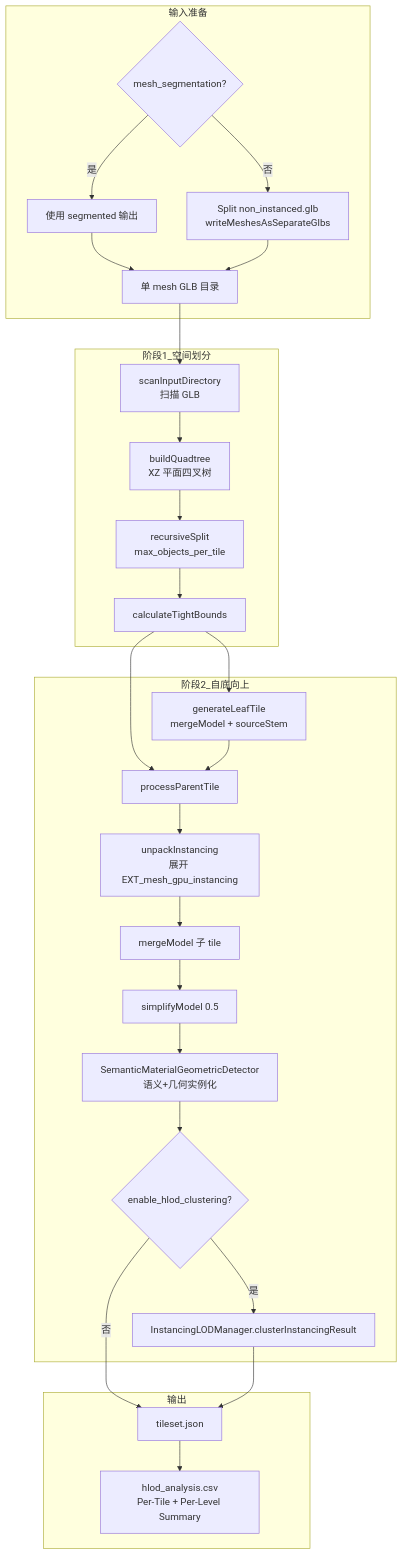
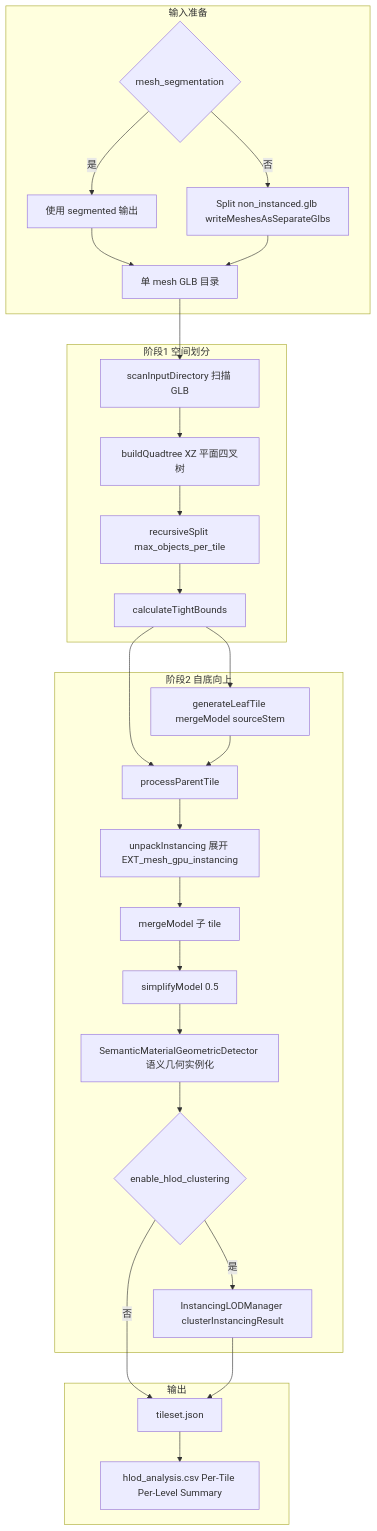
Before and after one commit to 271586852/GltfInstancingAndTilingTool: the sixth of 9 diagrams in diagrams/技术流程图_mermaid.md, drawn with Mermaid. The commit also changed other lines of this file and 5 other files, not shown here.

````diff
--- a/diagrams/技术流程图_mermaid.md
+++ b/diagrams/技术流程图_mermaid.md
@@ -202,54 +254,54 @@
 ```mermaid
-flowchart TB
-    subgraph 输入准备
-        Q1{mesh_segmentation?}
+graph TB
+    subgraph prep[输入准备]
+        Q1{mesh_segmentation}
         Q2[使用 segmented 输出]
-        Q3[Split non_instanced.glb<br/>writeMeshesAsSeparateGlbs]
+        Q3[Split non_instanced.glb writeMeshesAsSeparateGlbs]
         Q4[单 mesh GLB 目录]
     end
 
-    subgraph 阶段1_空间划分
-        Q5[scanInputDirectory<br/>扫描 GLB]
-        Q6[buildQuadtree<br/>XZ 平面四叉树]
-        Q7[recursiveSplit<br/>max_objects_per_tile]
+    subgraph phase1[阶段1 空间划分]
+        Q5[scanInputDirectory 扫描 GLB]
+        Q6[buildQuadtree XZ 平面四叉树]
+        Q7[recursiveSplit max_objects_per_tile]
         Q8[calculateTightBounds]
     end
 
-    subgraph 阶段2_自底向上
-        Q9[generateLeafTile<br/>mergeModel + sourceStem]
+    subgraph phase2[阶段2 自底向上]
+        Q9[generateLeafTile mergeModel sourceStem]
         Q10[processParentTile]
-        Q11[unpackInstancing<br/>展开 EXT_mesh_gpu_instancing]
+        Q11[unpackInstancing 展开 EXT_mesh_gpu_instancing]
         Q12[mergeModel 子 tile]
         Q13[simplifyModel 0.5]
-        Q14[SemanticMaterialGeometricDetector<br/>语义+几何实例化]
-        Q15{enable_hlod_clustering?}
-        Q16[InstancingLODManager.clusterInstancingResult]
+        Q14[SemanticMaterialGeometricDetector 语义几何实例化]
+        Q15{enable_hlod_clustering}
+        Q16[InstancingLODManager clusterInstancingResult]
     end
 
-    subgraph 输出
+    subgraph output4[输出]
         Q17[tileset.json]
-        Q18[hlod_analysis.csv<br/>Per-Tile + Per-Level Summary]
+        Q18[hlod_analysis.csv Per-Tile Per-Level Summary]
     end
 
     Q1 -->|是| Q2
     Q1 -->|否| Q3
     Q2 --> Q4
     Q3 --> Q4
 
     Q4 --> Q5
     Q5 --> Q6
     Q6 --> Q7
     Q7 --> Q8
     Q8 --> Q9
     Q8 --> Q10
     Q9 --> Q10
     Q10 --> Q11
     Q11 --> Q12
     Q12 --> Q13
     Q13 --> Q14
     Q14 --> Q15
     Q15 -->|是| Q16
     Q15 -->|否| Q17
     Q16 --> Q17
     Q17 --> Q18
 ```
````
